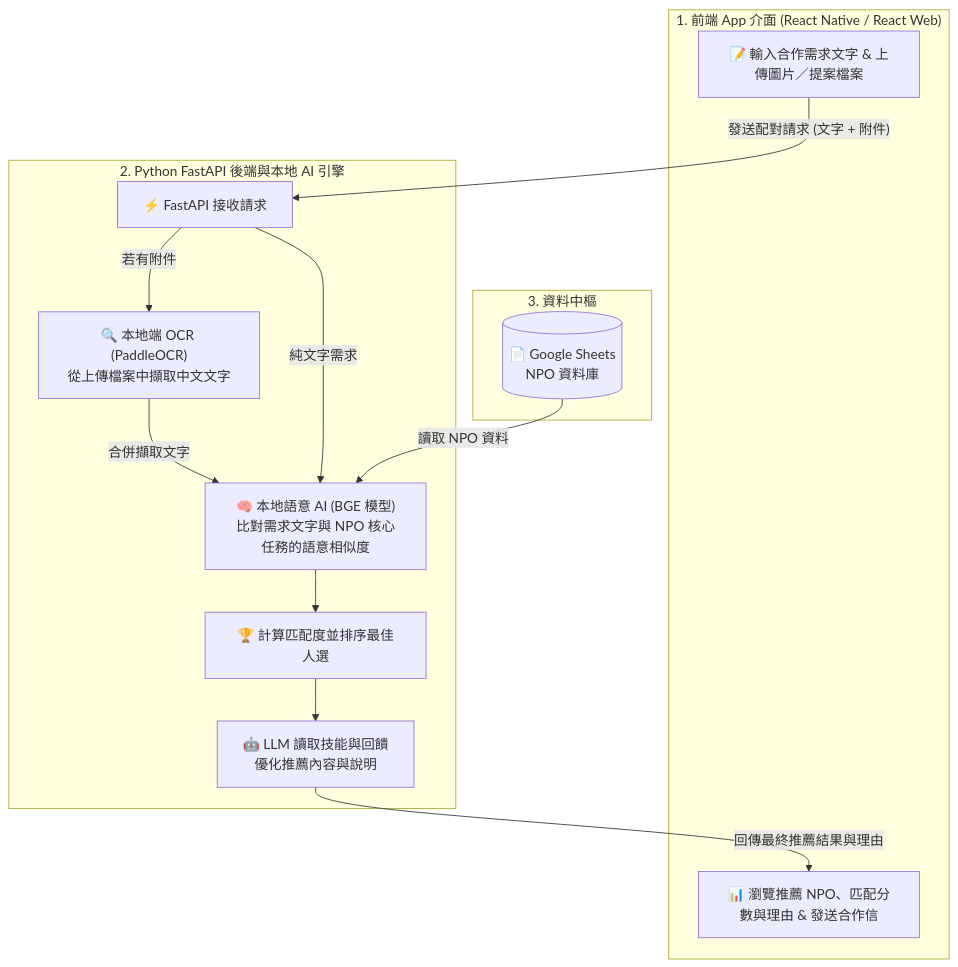
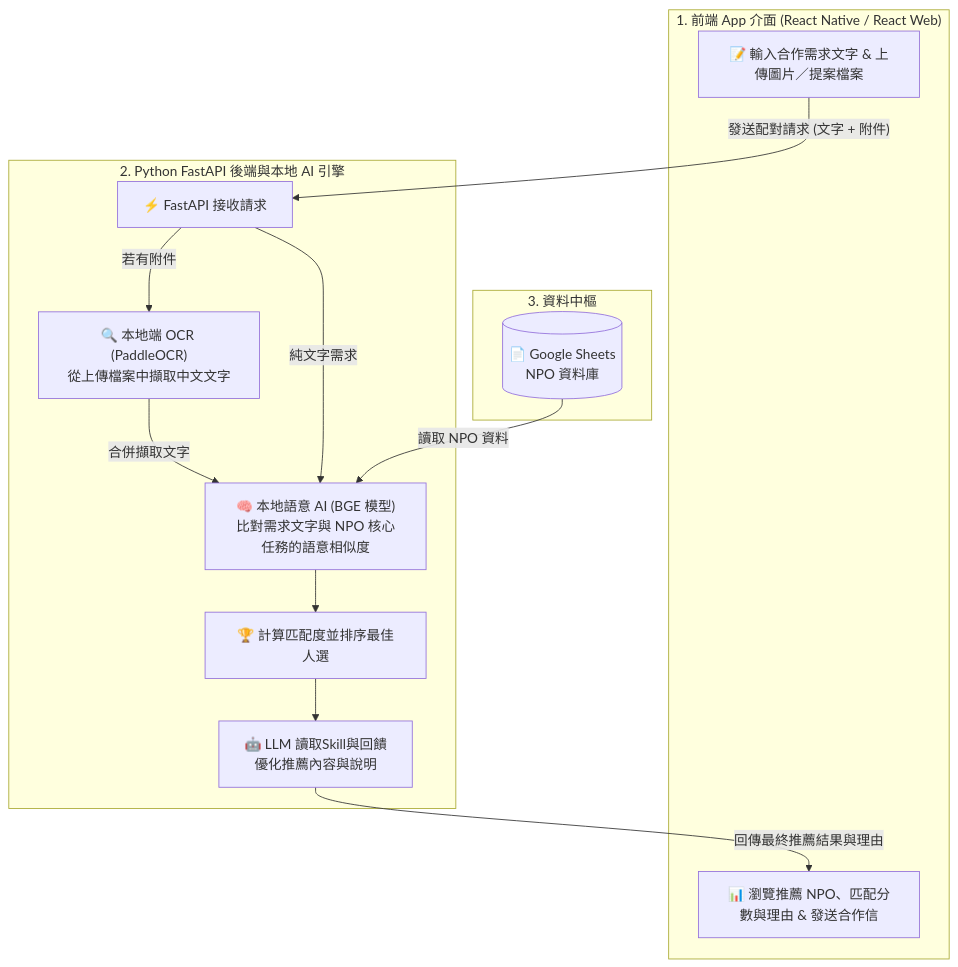
Before and after one commit to LV6LASERLOTUS/haoshi-platform: the diagram in README.md, drawn with Mermaid.

Commit message:
feat: Fix typo in LLM description in README.md

````diff
--- a/README.md
+++ b/README.md
@@ -13,28 +13,28 @@
 ```mermaid
 flowchart TD
     subgraph Frontend["1. 前端 App 介面 (React Native / React Web)"]
         Input["📝 輸入合作需求文字 & 上傳圖片／提案檔案"]
         Result["📊 瀏覽推薦 NPO、匹配分數與理由 & 發送合作信"]
     end
 
     subgraph Backend["2. Python FastAPI 後端與本地 AI 引擎"]
         API["⚡ FastAPI 接收請求"]
         OCR["🔍 本地端 OCR (PaddleOCR)<br/>從上傳檔案中擷取中文文字"]
         Embed["🧠 本地語意 AI (BGE 模型)<br/>比對需求文字與 NPO 核心任務的語意相似度"]
         Rank["🏆 計算匹配度並排序最佳人選"]
-        LLM["🤖 LLM 讀取技能與回饋<br/>優化推薦內容與說明"]
+        LLM["🤖 LLM 讀取Skill與回饋<br/>優化推薦內容與說明"]
     end
 
     subgraph Data["3. 資料中樞"]
         DB[("📄 Google Sheets<br/>NPO 資料庫")]
     end
 
     Input -- "發送配對請求 (文字 + 附件)" --> API
     API -- "若有附件" --> OCR
     OCR -- "合併擷取文字" --> Embed
     API -- "純文字需求" --> Embed
     DB -- "讀取 NPO 資料" --> Embed
     Embed --> Rank
     Rank --> LLM
     LLM -- "回傳最終推薦結果與理由" --> Result
 ```
````
